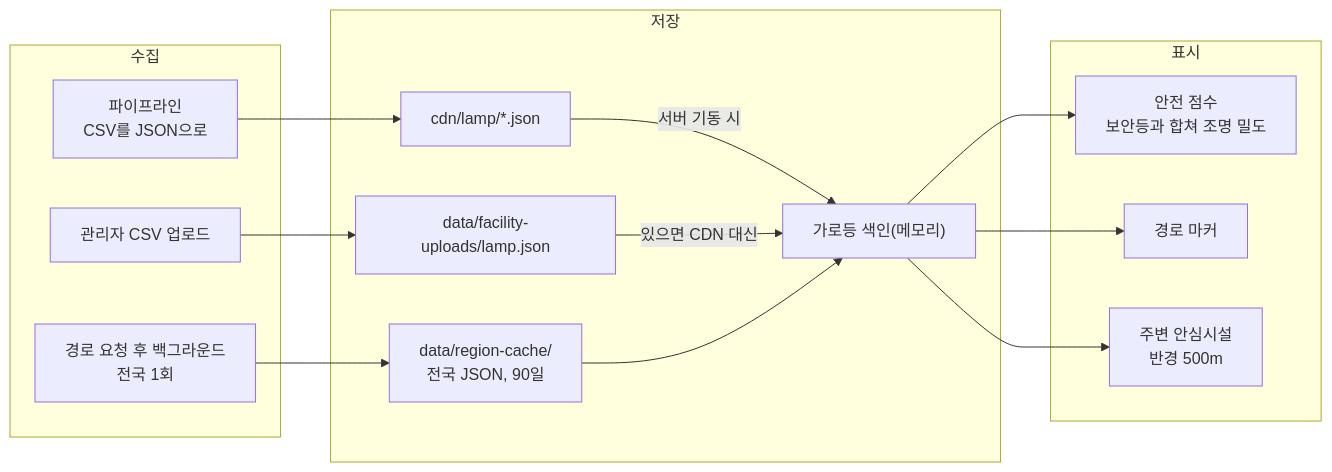
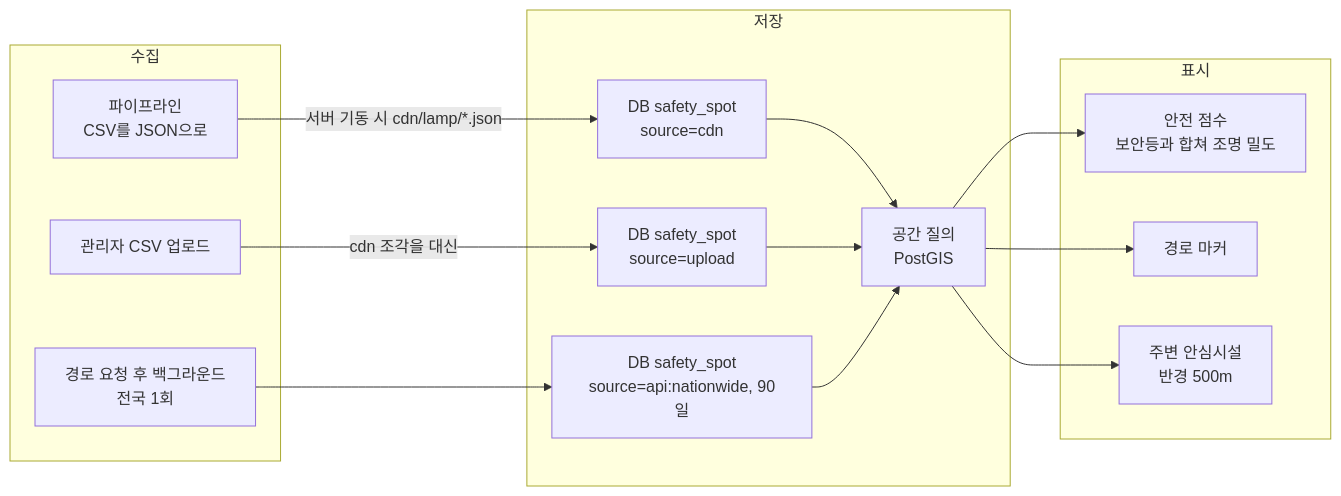
One commit to soo-ai-agent/bueongi-backend changed the diagram in docs/safety-spots/street-lamp.md. Above: the diagram before and after it, drawn with Mermaid. The commit also changed other lines of this file and 11 other files, not shown here.

First line of the commit message:
docs(backend): 안심시설 저장 문서를 PostGIS 구조로 갱신

````diff
--- a/docs/safety-spots/street-lamp.md
+++ b/docs/safety-spots/street-lamp.md
@@ -35,28 +35,28 @@
 ```mermaid
 flowchart LR
     subgraph 수집
         A1["파이프라인<br/>CSV를 JSON으로"]
         A2["경로 요청 후 백그라운드<br/>전국 1회"]
         A3["관리자 CSV 업로드"]
     end
     subgraph 저장
-        B1["cdn/lamp/*.json"]
-        B2["data/region-cache/<br/>전국 JSON, 90일"]
-        B3["data/facility-uploads/lamp.json"]
-        C["가로등 색인(메모리)"]
+        B1["DB safety_spot<br/>source=cdn"]
+        B2["DB safety_spot<br/>source=api:nationwide, 90일"]
+        B3["DB safety_spot<br/>source=upload"]
+        C["공간 질의<br/>PostGIS"]
     end
     subgraph 표시
         E1["안전 점수<br/>보안등과 합쳐 조명 밀도"]
         E2["경로 마커"]
         E3["주변 안심시설<br/>반경 500m"]
     end
-    A1 --> B1
+    A1 -->|"서버 기동 시 cdn/lamp/*.json"| B1
     A2 --> B2
-    A3 --> B3
-    B1 -->|"서버 기동 시"| C
-    B3 -->|"있으면 CDN 대신"| C
+    A3 -->|"cdn 조각을 대신"| B3
+    B1 --> C
+    B3 --> C
     B2 --> C
     C --> E1
     C --> E2
     C --> E3
 ```
````
